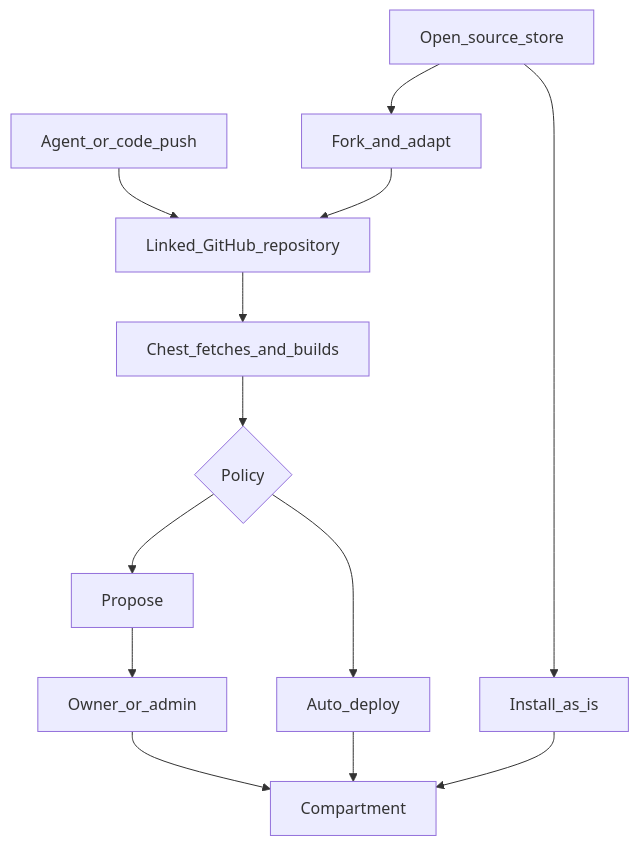
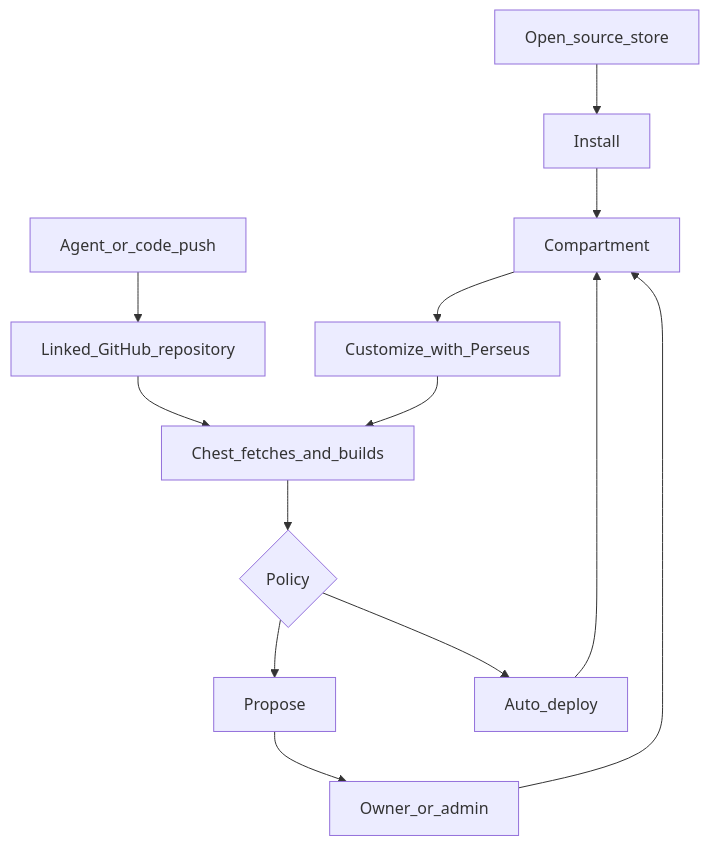
One commit to PaulWCZ/ChestStore-Dev changed the sixth of 6 diagrams in reference/product/specs/how-it-works.md. Above: the diagram before and after it, drawn with Mermaid. The commit also changed other lines of this file and 118 other files, not shown here.

````diff
--- a/reference/product/specs/how-it-works.md
+++ b/reference/product/specs/how-it-works.md
@@ -217,15 +217,15 @@
 ```mermaid
 flowchart TB
-  Store[Open_source_store] --> Install[Install_as_is]
-  Store --> Fork[Fork_and_adapt]
+  Store[Open_source_store] --> Install[Install]
   Custom[Agent_or_code_push] --> GH[Linked_GitHub_repository]
-  Fork --> GH
   GH --> ChestBuild[Chest_fetches_and_builds]
+  Comp --> Customize[Customize_with_Perseus]
+  Customize --> ChestBuild
   ChestBuild --> Policy{Policy}
   Policy --> Propose[Propose]
   Policy --> Auto[Auto_deploy]
   Propose --> Approve[Owner_or_admin]
   Approve --> Comp[Compartment]
   Auto --> Comp
   Install --> Comp
 ```
````
